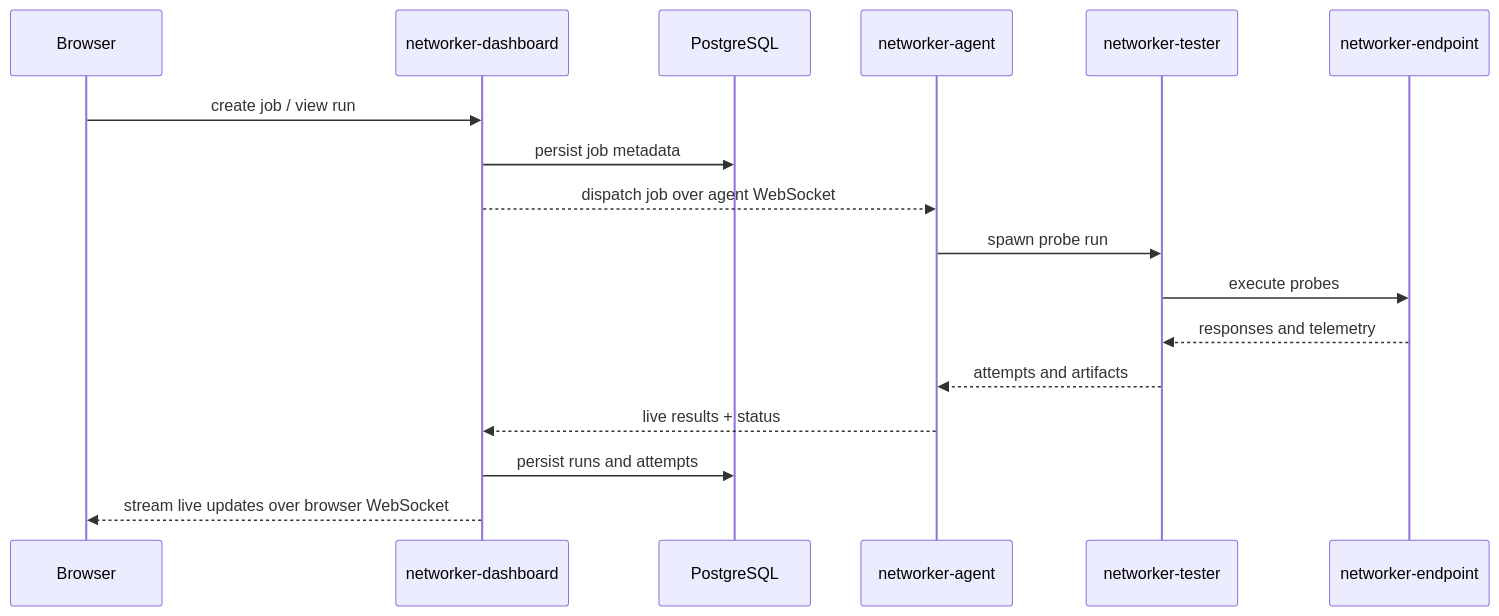
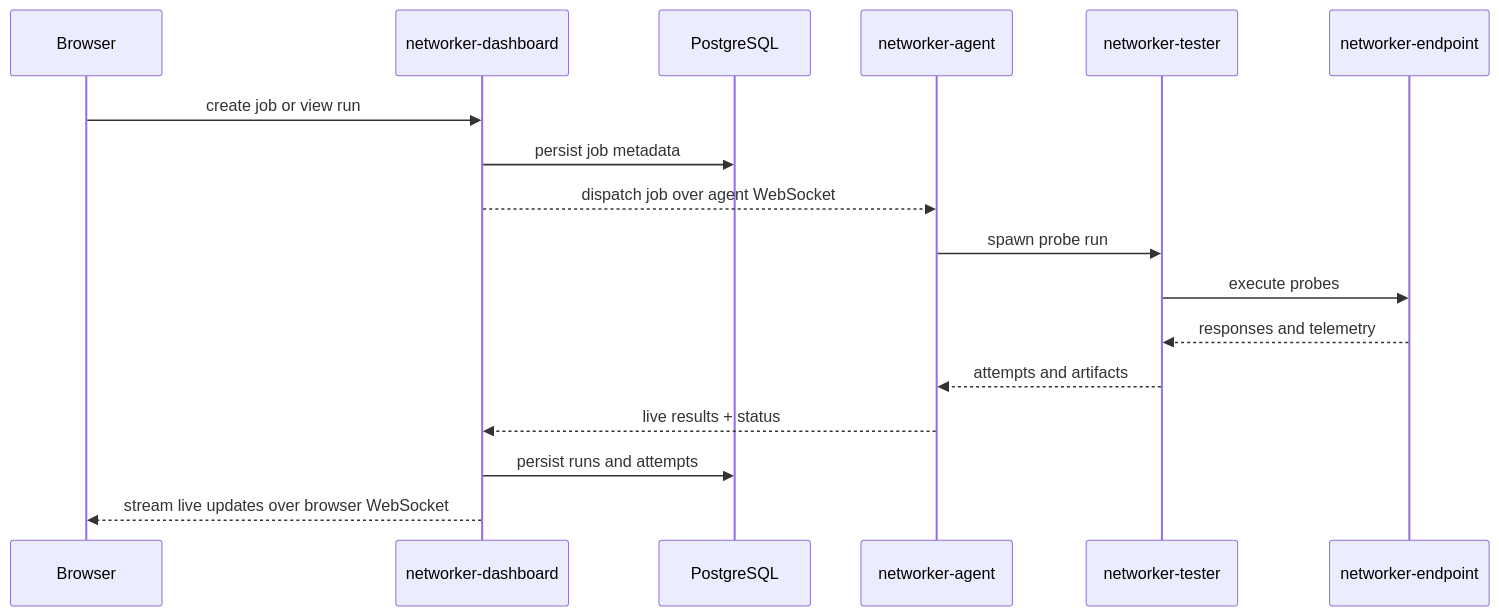
Before and after one commit to irlm/networker-tester: the third of 4 diagrams in docs/architecture.md, drawn with Mermaid. The commit also changed other lines of this file and 1 other file, not shown here.

Commit message:
docs: simplify mermaid diagrams for github rendering

````diff
--- a/docs/architecture.md
+++ b/docs/architecture.md
@@ -70,20 +72,20 @@
 ```mermaid
 sequenceDiagram
     participant Browser
     participant Dashboard as networker-dashboard
     participant DB as PostgreSQL
     participant Agent as networker-agent
     participant Tester as networker-tester
     participant Endpoint as networker-endpoint
 
-    Browser->>Dashboard: create job / view run
+    Browser->>Dashboard: create job or view run
     Dashboard->>DB: persist job metadata
     Dashboard-->>Agent: dispatch job over agent WebSocket
     Agent->>Tester: spawn probe run
     Tester->>Endpoint: execute probes
     Endpoint-->>Tester: responses and telemetry
     Tester-->>Agent: attempts and artifacts
     Agent-->>Dashboard: live results + status
     Dashboard->>DB: persist runs and attempts
     Dashboard-->>Browser: stream live updates over browser WebSocket
 ```
````
